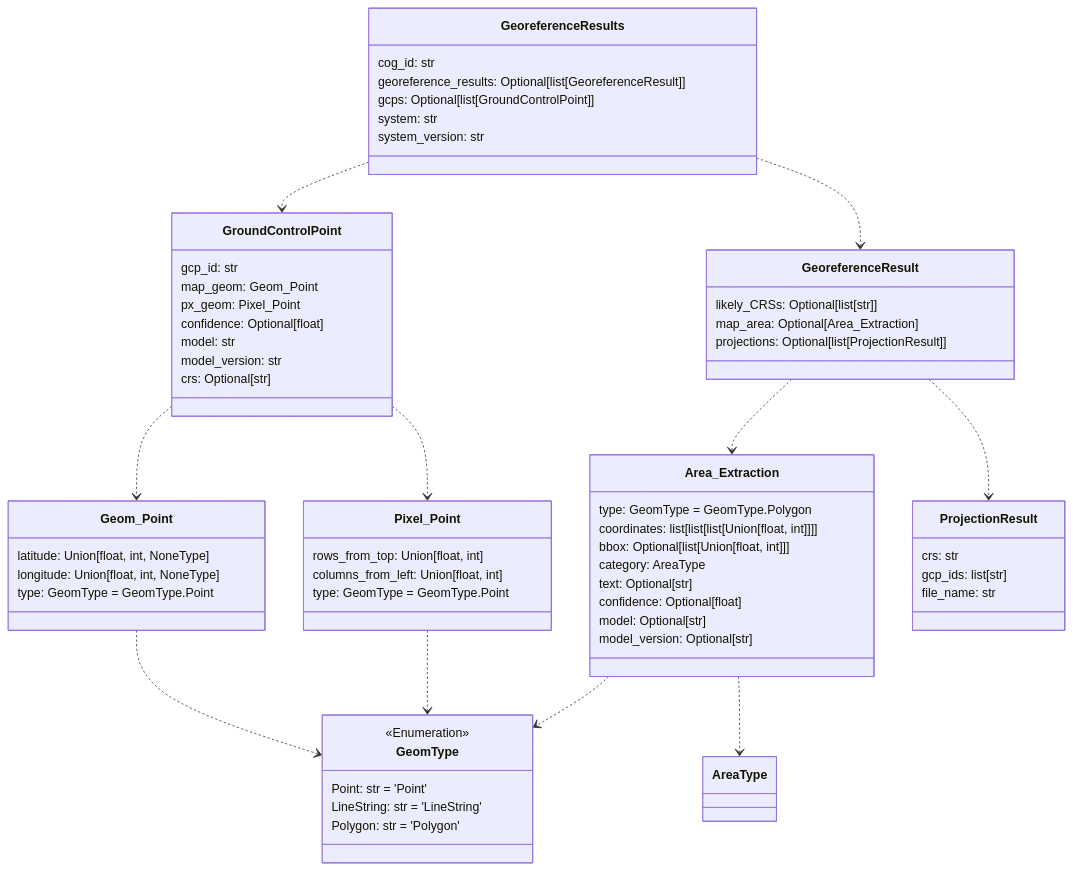
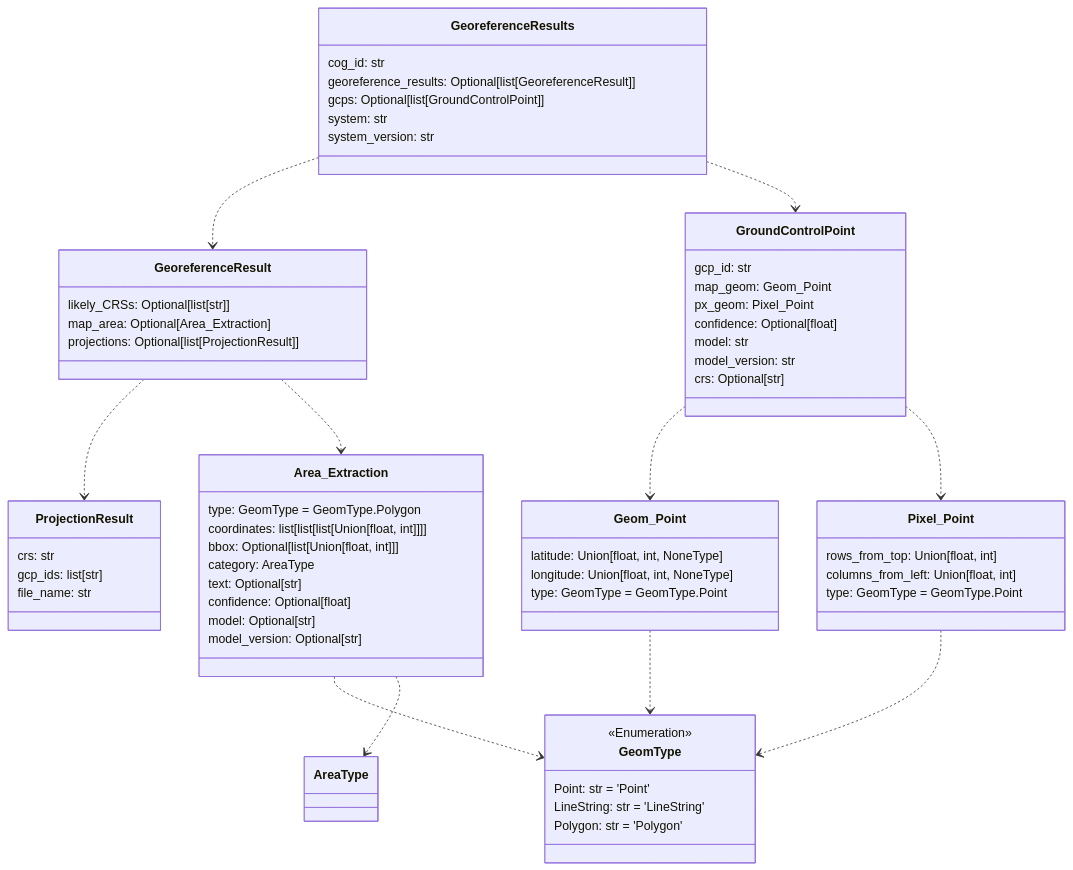
One commit to DARPA-CRITICALMAAS/cdr_schemas changed the first of 11 diagrams in README.md. Above: the diagram before and after it, drawn with Mermaid. The commit also changed other lines of this file and 1 other file, not shown here.

````diff
--- a/README.md
+++ b/README.md
@@ -50,76 +50,76 @@
 ```mermaid
 classDiagram
+
+    class GeoreferenceResult {
+        likely_CRSs: Optional[list[str]]
+        map_area: Optional[Area_Extraction]
+        projections: Optional[list[ProjectionResult]]
+    }
+
+    class GroundControlPoint {
+        gcp_id: str
+        map_geom: Geom_Point
+        px_geom: Pixel_Point
+        confidence: Optional[float]
+        model: str
+        model_version: str
+        crs: Optional[str]
+    }
+
+    class ProjectionResult {
+        crs: str
+        gcp_ids: list[str]
+        file_name: str
+    }
 
     class Area_Extraction {
         type: GeomType = GeomType.Polygon
         coordinates: list[list[list[Union[float, int]]]]
         bbox: Optional[list[Union[float, int]]]
         category: AreaType
         text: Optional[str]
         confidence: Optional[float]
         model: Optional[str]
         model_version: Optional[str]
     }
 
-    class Geom_Point {
-        latitude: Union[float, int, NoneType]
-        longitude: Union[float, int, NoneType]
-        type: GeomType = GeomType.Point
-    }
-
     class Pixel_Point {
         rows_from_top: Union[float, int]
         columns_from_left: Union[float, int]
         type: GeomType = GeomType.Point
     }
 
-    class ProjectionResult {
-        crs: str
-        gcp_ids: list[str]
-        file_name: str
+    class GeomType {
+        <<Enumeration>>
+        Point: str = 'Point'
+        LineString: str = 'LineString'
+        Polygon: str = 'Polygon'
     }
 
-    class GeoreferenceResult {
-        likely_CRSs: Optional[list[str]]
-        map_area: Optional[Area_Extraction]
-        projections: Optional[list[ProjectionResult]]
+    class Geom_Point {
+        latitude: Union[float, int, NoneType]
+        longitude: Union[float, int, NoneType]
+        type: GeomType = GeomType.Point
     }
 
     class GeoreferenceResults {
         cog_id: str
         georeference_results: Optional[list[GeoreferenceResult]]
         gcps: Optional[list[GroundControlPoint]]
         system: str
         system_version: str
     }
 
-    class GroundControlPoint {
-        gcp_id: str
-        map_geom: Geom_Point
-        px_geom: Pixel_Point
-        confidence: Optional[float]
-        model: str
-        model_version: str
-        crs: Optional[str]
-    }
-
-    class GeomType {
-        <<Enumeration>>
-        Point: str = 'Point'
-        LineString: str = 'LineString'
-        Polygon: str = 'Polygon'
-    }
-
     Area_Extraction ..> GeomType
     Area_Extraction ..> AreaType
     Geom_Point ..> GeomType
     Pixel_Point ..> GeomType
     GroundControlPoint ..> Geom_Point
     GroundControlPoint ..> Pixel_Point
+    GeoreferenceResult ..> ProjectionResult
     GeoreferenceResult ..> Area_Extraction
-    GeoreferenceResult ..> ProjectionResult
+    GeoreferenceResults ..> GeoreferenceResult
     GeoreferenceResults ..> GroundControlPoint
-    GeoreferenceResults ..> GeoreferenceResult
 
 
 ```
````
